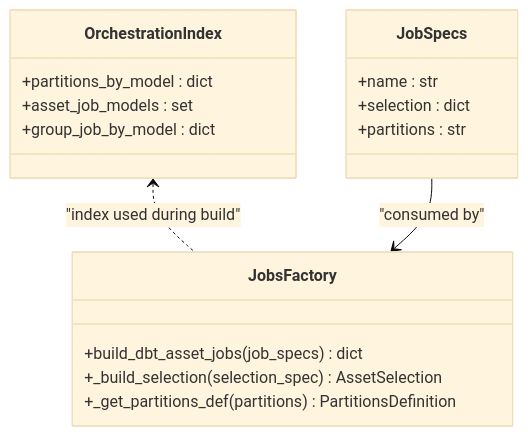
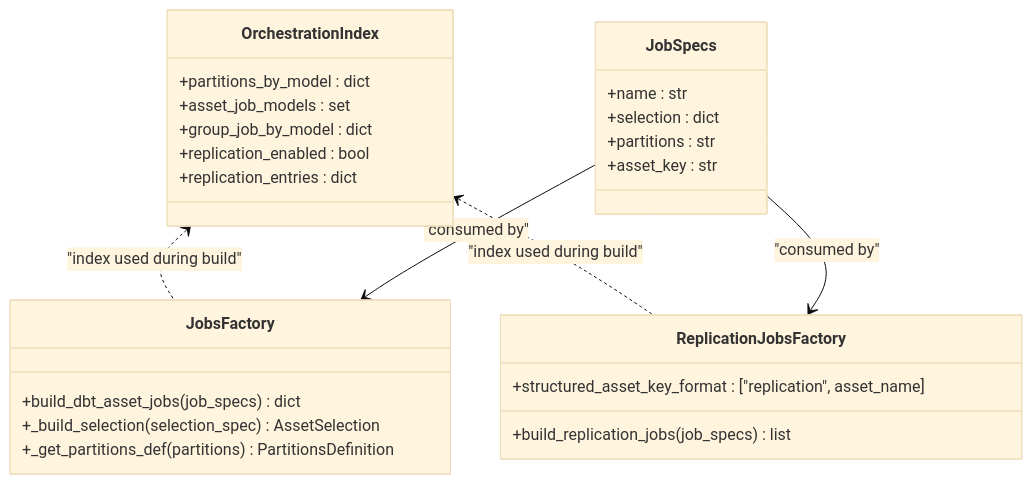
The seventh of 7 diagrams in .qoder/repowiki/en/content/Job Orchestration/Job Orchestration.md (metasync/dbt-dagsterizer), drawn with Mermaid (base theme) before and after one commit. The commit also changed other lines of this file and 2 other files, not shown here.

````diff
--- a/.qoder/repowiki/en/content/Job Orchestration/Job Orchestration.md
+++ b/.qoder/repowiki/en/content/Job Orchestration/Job Orchestration.md
@@ -386,20 +505,29 @@
 ```mermaid
 classDiagram
 class OrchestrationIndex {
 +partitions_by_model : dict
 +asset_job_models : set
 +group_job_by_model : dict
++replication_enabled : bool
++replication_entries : dict
 }
 class JobSpecs {
 +name : str
 +selection : dict
 +partitions : str
++asset_key : str
 }
 class JobsFactory {
 +build_dbt_asset_jobs(job_specs) dict
 +_build_selection(selection_spec) AssetSelection
 +_get_partitions_def(partitions) PartitionsDefinition
 }
+class ReplicationJobsFactory {
++build_replication_jobs(job_specs) list
++structured_asset_key_format : ["replication", asset_name]
+}
 OrchestrationIndex <.. JobsFactory : "index used during build"
+OrchestrationIndex <.. ReplicationJobsFactory : "index used during build"
 JobSpecs --> JobsFactory : "consumed by"
+JobSpecs --> ReplicationJobsFactory : "consumed by"
 ```
````
